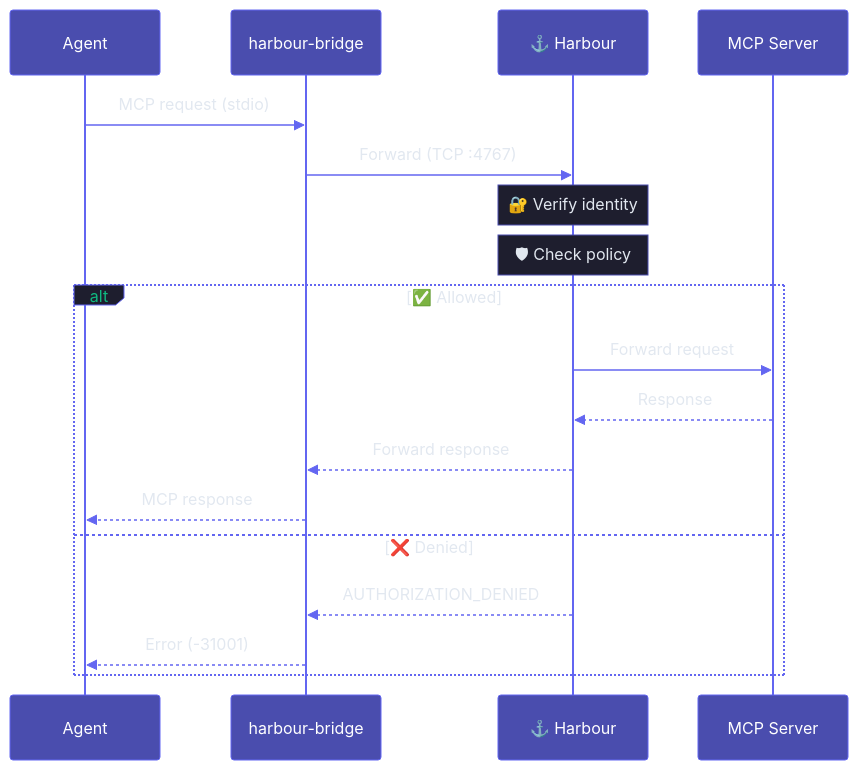
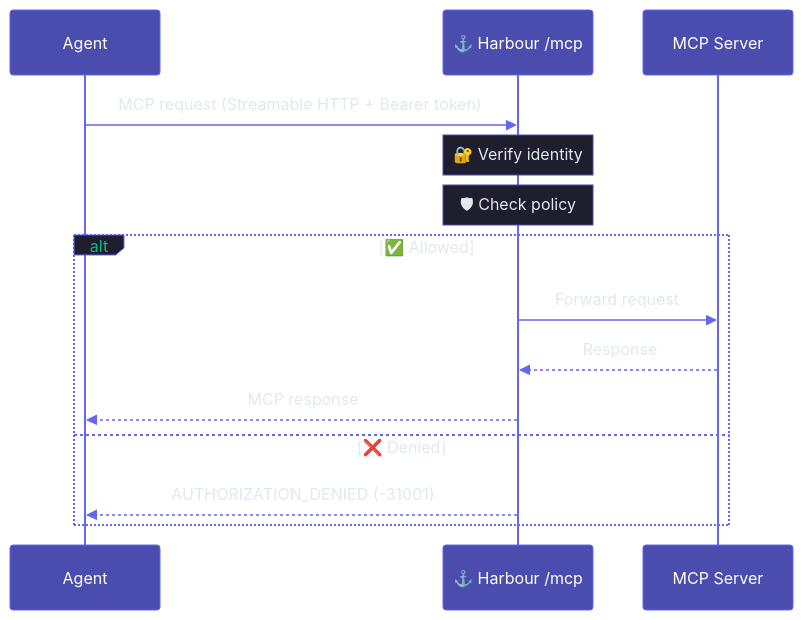
The diagram in docs/concepts/architecture.mdx (mcpharbour/mcpharbour), drawn with Mermaid before and after one commit. The commit also changed other lines of this file and 24 other files, not shown here.

Commit message:
feat: replace bridge with streamable HTTP

````diff
--- a/docs/concepts/architecture.mdx
+++ b/docs/concepts/architecture.mdx
@@ -107,25 +96,21 @@
 ```mermaid
 %%{init: {'theme': 'base', 'themeVariables': {'actorBkg': '#4a4dae', 'actorTextColor': '#fff', 'actorBorder': '#6366f1', 'activationBorderColor': '#6366f1', 'activationBkgColor': '#2d2d5e', 'signalColor': '#6366f1', 'signalTextColor': '#e2e8f0', 'noteBkgColor': '#1e1e2e', 'noteTextColor': '#e2e8f0', 'noteBorderColor': '#4a4dae', 'altSectionBkgColor': '#16162a', 'loopTextColor': '#e2e8f0', 'labelBoxBkgColor': '#1e1e2e', 'labelTextColor': '#10b981'}}}%%
 
 sequenceDiagram
     participant Agent
-    participant Bridge as harbour-bridge
-    participant Daemon as ⚓ Harbour
+    participant Daemon as ⚓ Harbour /mcp
     participant Server as MCP Server
 
-    Agent->>Bridge: MCP request (stdio)
-    Bridge->>Daemon: Forward (TCP :4767)
+    Agent->>Daemon: MCP request (Streamable HTTP + Bearer token)
 
     Note over Daemon: 🔐 Verify identity
     Note over Daemon: 🛡 Check policy
 
     alt ✅ Allowed
         Daemon->>Server: Forward request
         Server-->>Daemon: Response
-        Daemon-->>Bridge: Forward response
-        Bridge-->>Agent: MCP response
+        Daemon-->>Agent: MCP response
     else ❌ Denied
-        Daemon-->>Bridge: AUTHORIZATION_DENIED
-        Bridge-->>Agent: Error (-31001)
+        Daemon-->>Agent: AUTHORIZATION_DENIED (-31001)
     end
 ```
````
